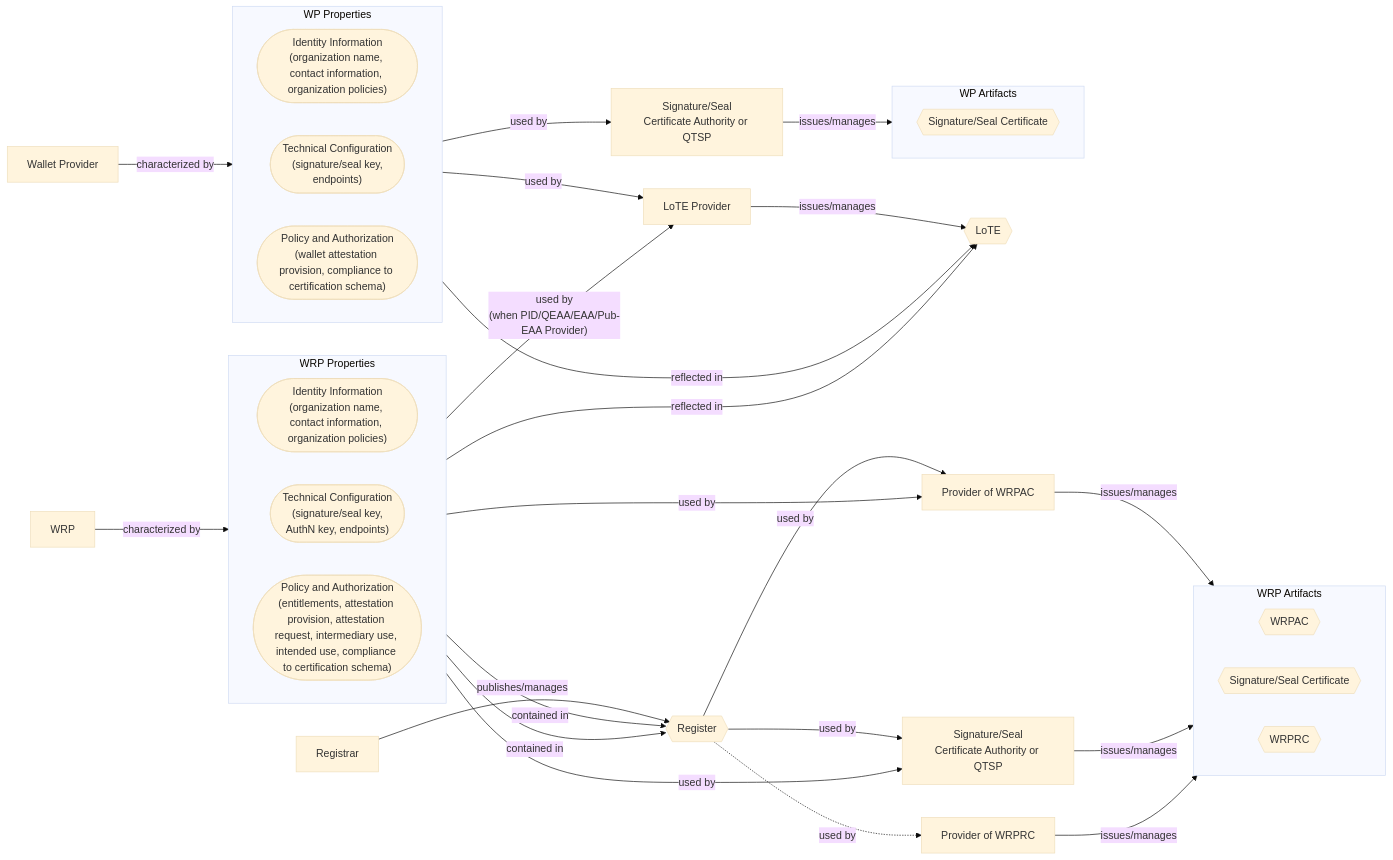
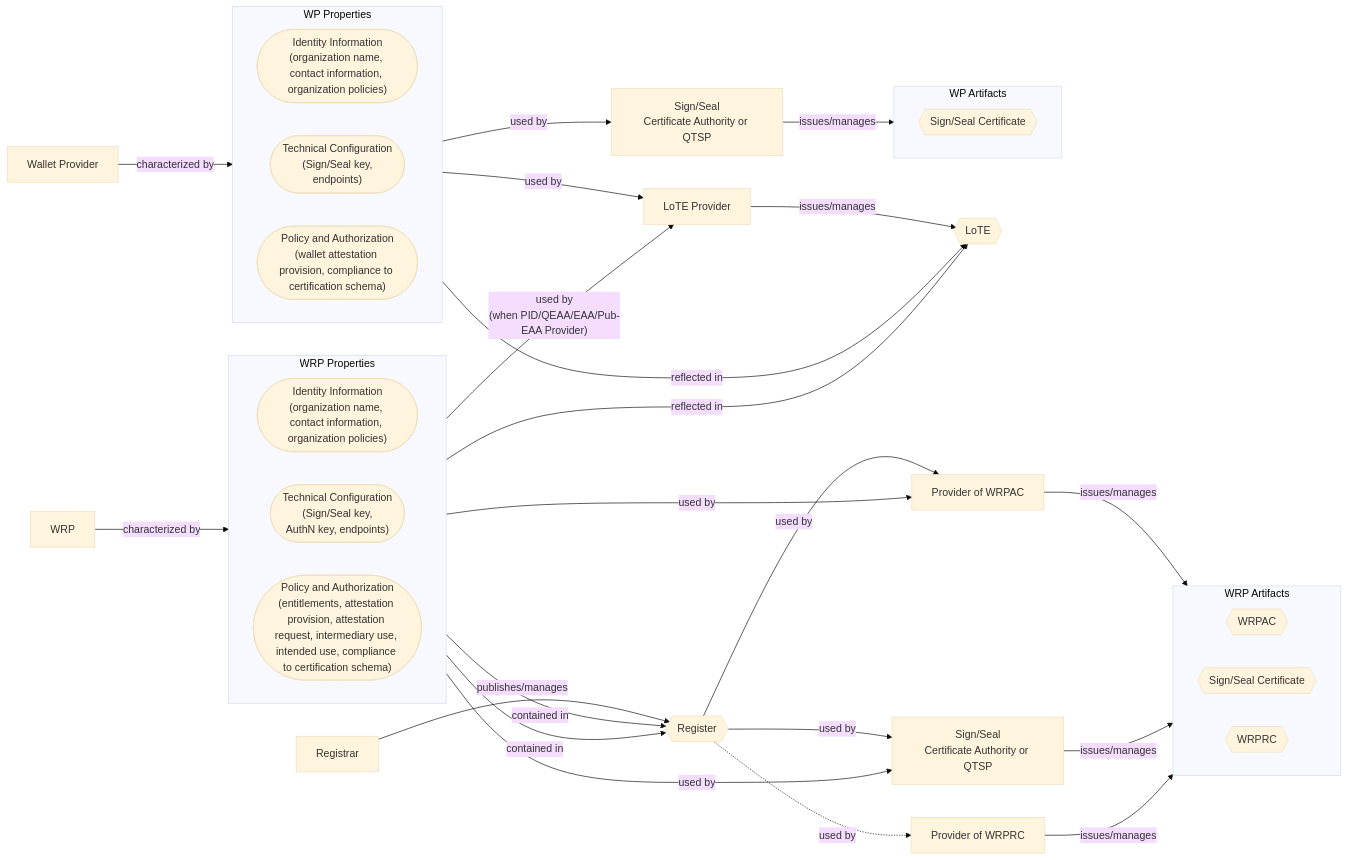
The first of 4 diagrams in docs/topics/trust-management-process.md (APTITUDE-Consortium/wp2-trust-specifications), drawn with Mermaid (base theme) before and after one commit. The commit also changed other lines of this file and 14 other files, not shown here.

````diff
--- a/docs/topics/trust-management-process.md
+++ b/docs/topics/trust-management-process.md
@@ -104,70 +104,70 @@
 ```mermaid
 flowchart LR
     wrp["WRP"]
 
     subgraph abst["WRP Properties"]
         direction LR
         id(["Identity Information<br>(organization name, contact information, organization policies)"])
-        tech(["Technical Configuration<br>(signature/seal key,<br>AuthN key, endpoints)"])
+        tech(["Technical Configuration<br>(Sign/Seal key,<br>AuthN key, endpoints)"])
         authz(["Policy and Authorization<br>(entitlements, attestation provision, attestation request, intermediary use, intended use, compliance to certification schema)"])
     end
 
     subgraph arti["WRP Artifacts"]
         direction LR
         ac{{"WRPAC"}}
-        csig{{"Signature/Seal Certificate"}}
+        csig{{"Sign/Seal Certificate"}}
         rc{{"WRPRC"}}
     end
 
     tl{{"LoTE"}}
     reg{{"Register"}}
 
-    ca["Signature/Seal<br>Certificate Authority or QTSP"]
+    ca["Sign/Seal<br>Certificate Authority or QTSP"]
     acca["Provider of WRPAC"]
     rcca["Provider of WRPRC"]
     ent_reg["Registrar"]
     tlp["LoTE Provider"]
 
     ent_reg --"publishes/manages"--> reg
     wrp --"characterized by"--> abst
 
     reg --"used by"--> acca
     tech --"used by"--> acca
     acca --"issues/manages"--> ac
 
     reg --"used by"--> ca
     tech --"used by"--> ca
     ca --"issues/manages"--> csig
 
     reg -."used by".-> rcca
     rcca --"issues/manages"--> rc
 
     id --"contained in"--> reg
     authz --"reflected in"--> tl
     authz --"contained in"--> reg
     abst --"used by<br>(when PID/QEAA/EAA/Pub-EAA Provider)"--> tlp
     tlp --"issues/manages"--> tl
     
 
     wp["Wallet Provider"]
 
     subgraph abst_wp["WP Properties"]
         direction LR
         id_wp(["Identity Information<br>(organization name, contact information, organization policies)"])
-        tech_wp(["Technical Configuration<br>(signature/seal key,<br>endpoints)"])
+        tech_wp(["Technical Configuration<br>(Sign/Seal key,<br>endpoints)"])
          authz_wp(["Policy and Authorization<br>(wallet attestation provision, compliance to certification schema)"])
     end
 
     subgraph arti_wp["WP Artifacts"]
         direction LR
-        csig_wp{{"Signature/Seal Certificate"}}
+        csig_wp{{"Sign/Seal Certificate"}}
     end
-    ca_wp["Signature/Seal<br>Certificate Authority or QTSP"]
+    ca_wp["Sign/Seal<br>Certificate Authority or QTSP"]
 
     wp --"characterized by"--> abst_wp
     authz_wp --"reflected in"--> tl
     tech_wp --"used by"--> ca_wp
     ca_wp --"issues/manages"--> csig_wp
 
     abst_wp --"used by"--> tlp
 ```
````
